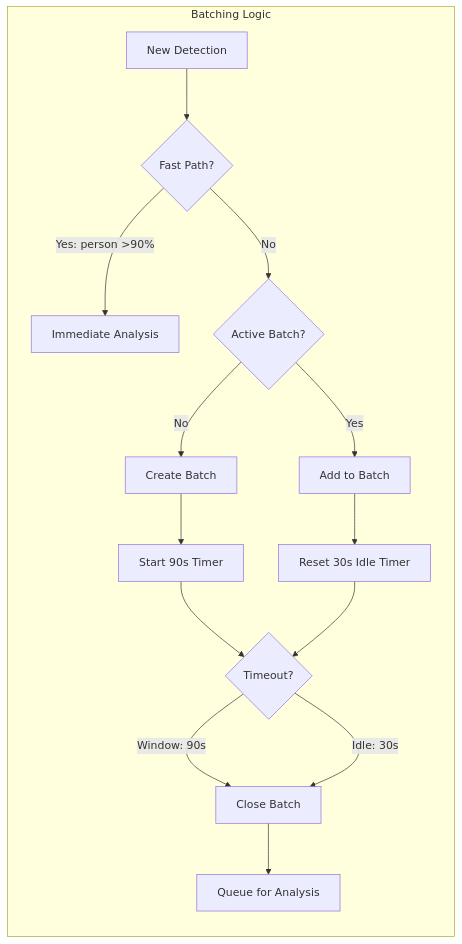
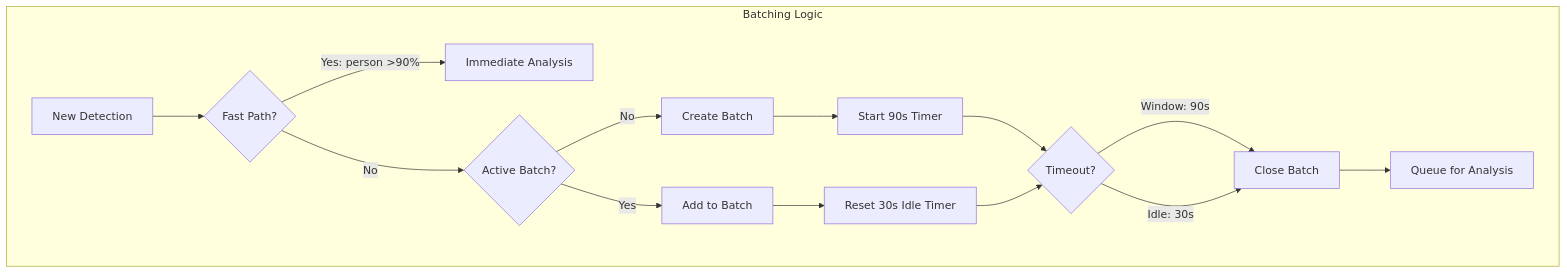
One commit to mikesvoboda/nemotron-v3-home-security-intelligence changed the first of 3 diagrams in docs/architecture/decisions.md. Above: the diagram before and after it, drawn with Mermaid. The commit also changed 52 other files, not shown here.

````diff
--- a/docs/architecture/decisions.md
+++ b/docs/architecture/decisions.md
@@ -197,17 +197,18 @@
 ```mermaid
-flowchart LR
+flowchart TB
     subgraph "Batching Logic"
-        A[New Detection] --> B{Fast Path?}
+        A[New Detection]
+        A --> B{Fast Path?}
         B -->|Yes: person >90%| C[Immediate Analysis]
         B -->|No| D{Active Batch?}
         D -->|No| E[Create Batch]
         D -->|Yes| F[Add to Batch]
         E --> G[Start 90s Timer]
         F --> H[Reset 30s Idle Timer]
         G --> I{Timeout?}
         H --> I
         I -->|Window: 90s| J[Close Batch]
         I -->|Idle: 30s| J
         J --> K[Queue for Analysis]
     end
 ```
````
